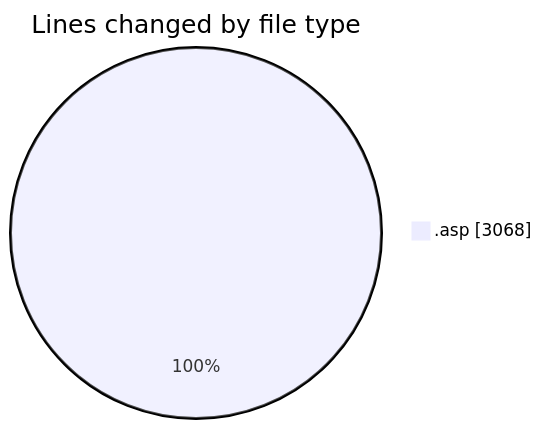
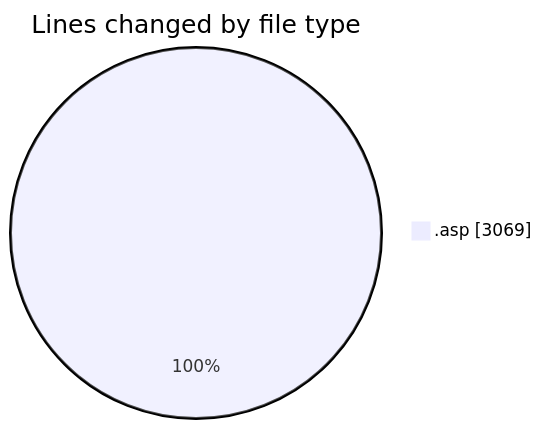
Before and after one commit to julien-gomy/code-tracking: the first of 2 diagrams in 2025-11-27/cdp_aleoudev_fr__workspace_/README.md, drawn with Mermaid. The commit also changed other lines of this file and 1 other file, not shown here.

````diff
--- a/2025-11-27/cdp_aleoudev_fr__workspace_/README.md
+++ b/2025-11-27/cdp_aleoudev_fr__workspace_/README.md
@@ -21,5 +21,5 @@
 ```mermaid
 pie showData
 title Lines changed by file type
-".asp" : 3068
+".asp" : 3069
 ```
````
